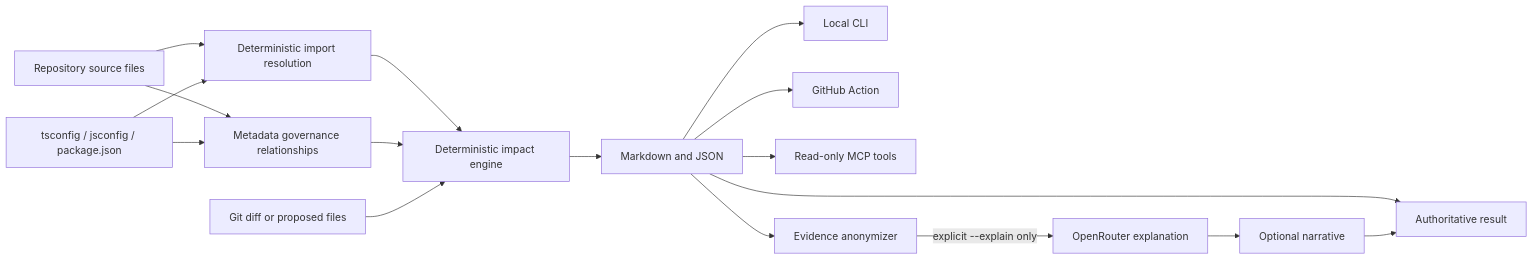
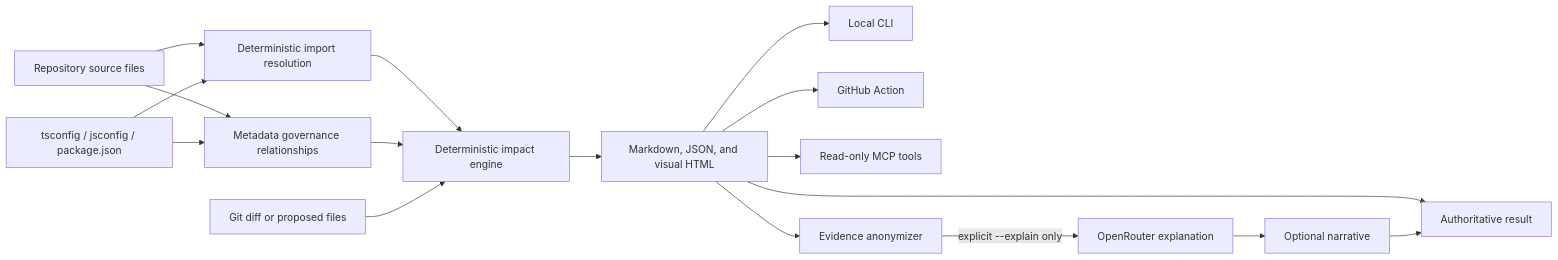
One commit to adiarora06/RepoRipple changed the diagram in docs/architecture.md. Above: the diagram before and after it, drawn with Mermaid. The commit also changed other lines of this file and 18 other files, not shown here.

````diff
--- a/docs/architecture.md
+++ b/docs/architecture.md
@@ -7,19 +7,19 @@
 ```mermaid
 flowchart LR
     Source[Repository source files] --> Resolve[Deterministic import resolution]
     Config[tsconfig / jsconfig / package.json] --> Resolve
     Source --> Govern[Metadata governance relationships]
     Config --> Govern
     Resolve --> Core[Deterministic impact engine]
     Govern --> Core
     Diff[Git diff or proposed files] --> Core
-    Core --> Report[Markdown and JSON]
+    Core --> Report[Markdown, JSON, and visual HTML]
     Report --> CLI[Local CLI]
     Report --> Action[GitHub Action]
     Report --> MCP[Read-only MCP tools]
     Report --> Sanitize[Evidence anonymizer]
     Sanitize -->|explicit --explain only| Router[OpenRouter explanation]
     Router --> Narrative[Optional narrative]
     Report --> Final[Authoritative result]
     Narrative --> Final
 ```
````
